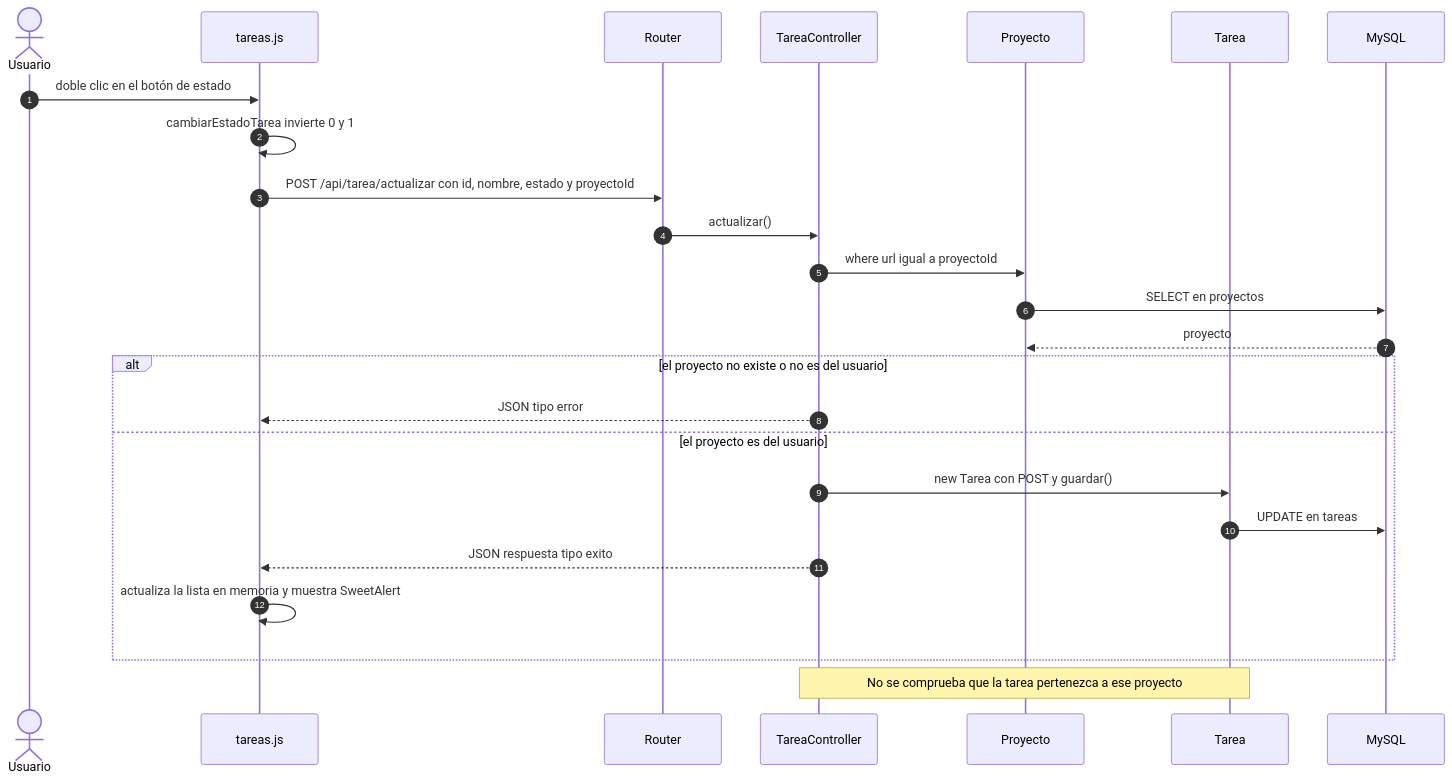
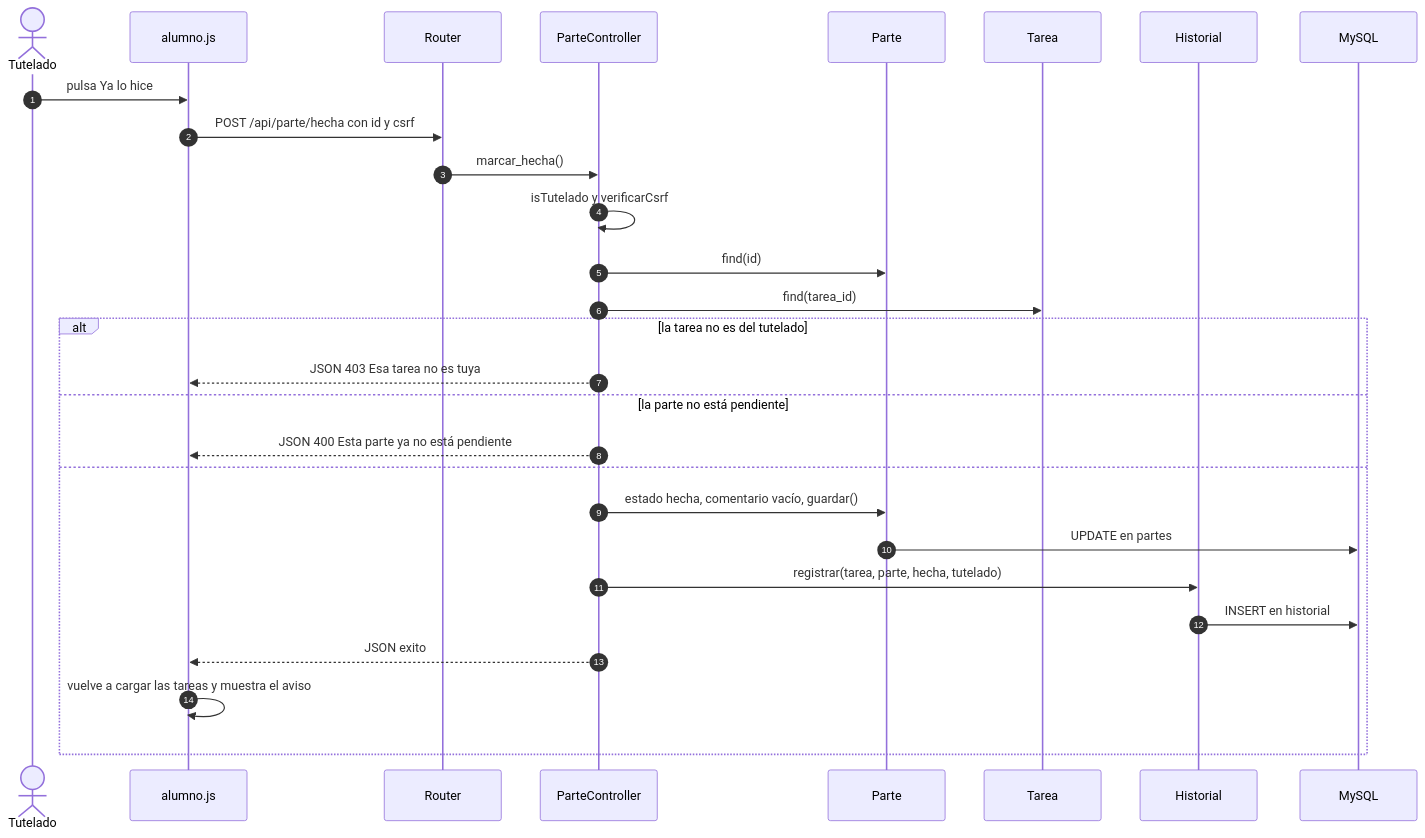
Before and after one commit to JCChoqueM/Santi-Task: the eighth of 14 diagrams in docs_santitask.md, drawn with Mermaid. The commit also changed other lines of this file, not shown here.

Commit message:
Paso 10a: secciones 3 y 4 de docs_santitask.md alineadas con ClaudeTask (roles, partes, vinculos, API)

````diff
--- a/docs_santitask.md
+++ b/docs_santitask.md
@@ -417,28 +596,31 @@
 ```mermaid
 sequenceDiagram
     autonumber
-    actor U as Usuario
-    participant JS as tareas.js
+    actor A as Tutelado
+    participant JS as alumno.js
     participant R as Router
-    participant T as TareaController
-    participant P as Proyecto
-    participant K as Tarea
+    participant PC as ParteController
+    participant PA as Parte
+    participant TA as Tarea
+    participant H as Historial
     participant DB as MySQL
 
-    U->>JS: doble clic en el botón de estado
-    JS->>JS: cambiarEstadoTarea invierte 0 y 1
-    JS->>R: POST /api/tarea/actualizar con id, nombre, estado y proyectoId
-    R->>T: actualizar()
-    T->>P: where url igual a proyectoId
-    P->>DB: SELECT en proyectos
-    DB-->>P: proyecto
-    alt el proyecto no existe o no es del usuario
-        T-->>JS: JSON tipo error
-    else el proyecto es del usuario
-        T->>K: new Tarea con POST y guardar()
-        K->>DB: UPDATE en tareas
-        T-->>JS: JSON respuesta tipo exito
-        JS->>JS: actualiza la lista en memoria y muestra SweetAlert
+    A->>JS: pulsa Ya lo hice
+    JS->>R: POST /api/parte/hecha con id y csrf
+    R->>PC: marcar_hecha()
+    PC->>PC: isTutelado y verificarCsrf
+    PC->>PA: find(id)
+    PC->>TA: find(tarea_id)
+    alt la tarea no es del tutelado
+        PC-->>JS: JSON 403 Esa tarea no es tuya
+    else la parte no está pendiente
+        PC-->>JS: JSON 400 Esta parte ya no está pendiente
+    else
+        PC->>PA: estado hecha, comentario vacío, guardar()
+        PA->>DB: UPDATE en partes
+        PC->>H: registrar(tarea, parte, hecha, tutelado)
+        H->>DB: INSERT en historial
+        PC-->>JS: JSON exito
+        JS->>JS: vuelve a cargar las tareas y muestra el aviso
     end
-    Note over T,K: No se comprueba que la tarea pertenezca a ese proyecto
 ```
````
